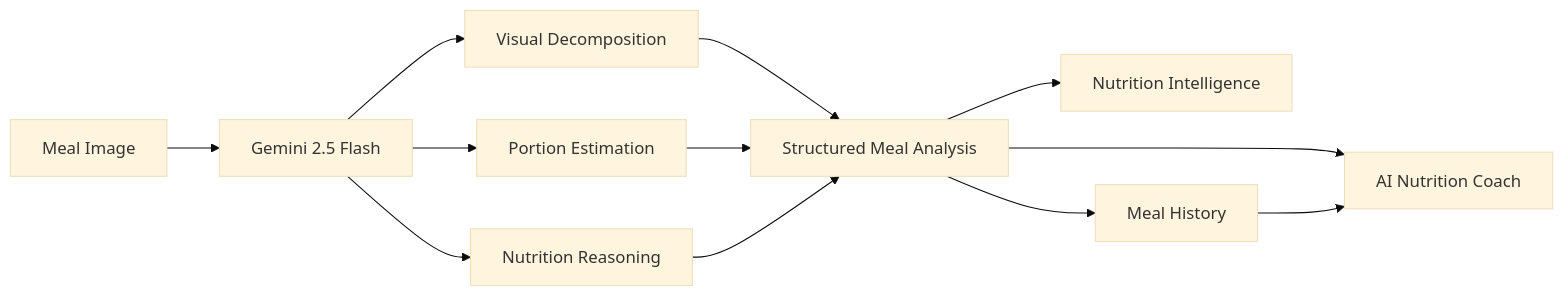
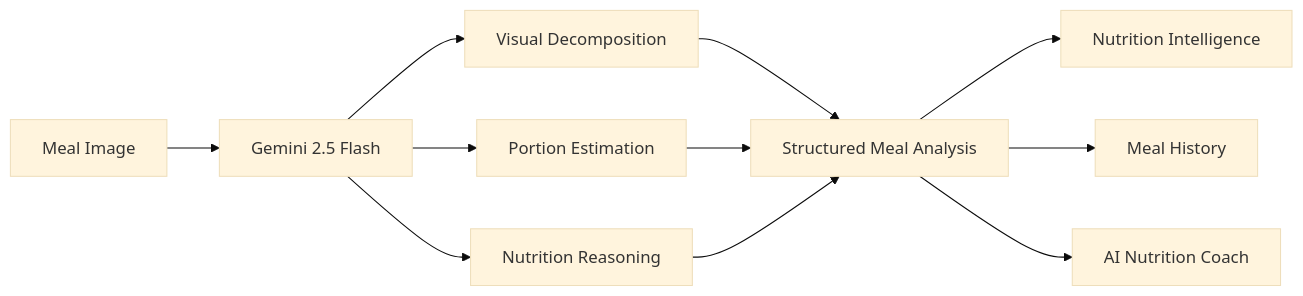
Before and after one commit to swapnil5053/NutriScan: the diagram in README.md, drawn with Mermaid (base theme). The commit also changed other lines of this file, not shown here.

````diff
--- a/README.md
+++ b/README.md
@@ -31,19 +15,17 @@
 ```mermaid
 flowchart LR
 
     A[Meal Image] --> B[Gemini 2.5 Flash]
 
     B --> C[Visual Decomposition]
     B --> D[Portion Estimation]
     B --> E[Nutrition Reasoning]
 
     C --> F[Structured Meal Analysis]
     D --> F
     E --> F
 
     F --> G[Nutrition Intelligence]
     F --> H[Meal History]
     F --> I[AI Nutrition Coach]
-
-    H --> I
 ```
````
